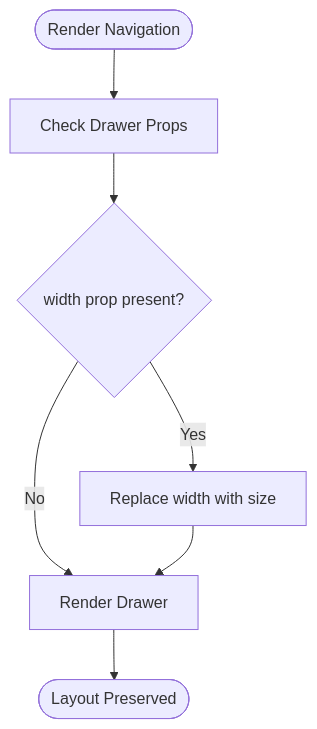
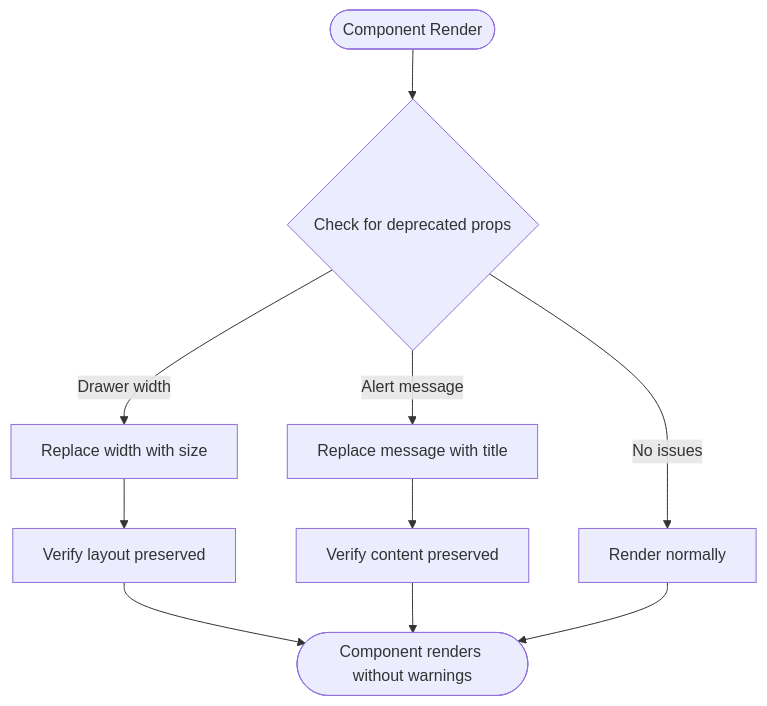
The third of 6 diagrams in .qoder/repowiki/en/content/Architecture Documentation/SPEC-042_ Portal Dependency Hygiene Specification.md (metasync/luban-aiops), drawn with Mermaid before and after one commit. The commit also changed other lines of this file and 13 other files, not shown here.

````diff
--- a/.qoder/repowiki/en/content/Architecture Documentation/SPEC-042_ Portal Dependency Hygiene Specification.md
+++ b/.qoder/repowiki/en/content/Architecture Documentation/SPEC-042_ Portal Dependency Hygiene Specification.md
@@ -127,9 +184,12 @@
 ```mermaid
 flowchart TD
-Start(["Render Navigation"]) --> CheckProps["Check Drawer Props"]
-CheckProps --> WidthPresent{"width prop present?"}
-WidthPresent --> |Yes| MigrateToSize["Replace width with size"]
-WidthPresent --> |No| RenderDrawer["Render Drawer"]
-MigrateToSize --> RenderDrawer
-RenderDrawer --> End(["Layout Preserved"])
+Start(["Component Render"]) --> CheckProps{"Check for deprecated props"}
+CheckProps --> |Drawer width| MigrateWidth["Replace width with size"]
+CheckProps --> |Alert message| MigrateMessage["Replace message with title"]
+CheckProps --> |No issues| RenderNormal["Render normally"]
+MigrateWidth --> VerifyLayout["Verify layout preserved"]
+MigrateMessage --> VerifyContent["Verify content preserved"]
+VerifyLayout --> End(["Component renders without warnings"])
+VerifyContent --> End
+RenderNormal --> End
 ```
````
